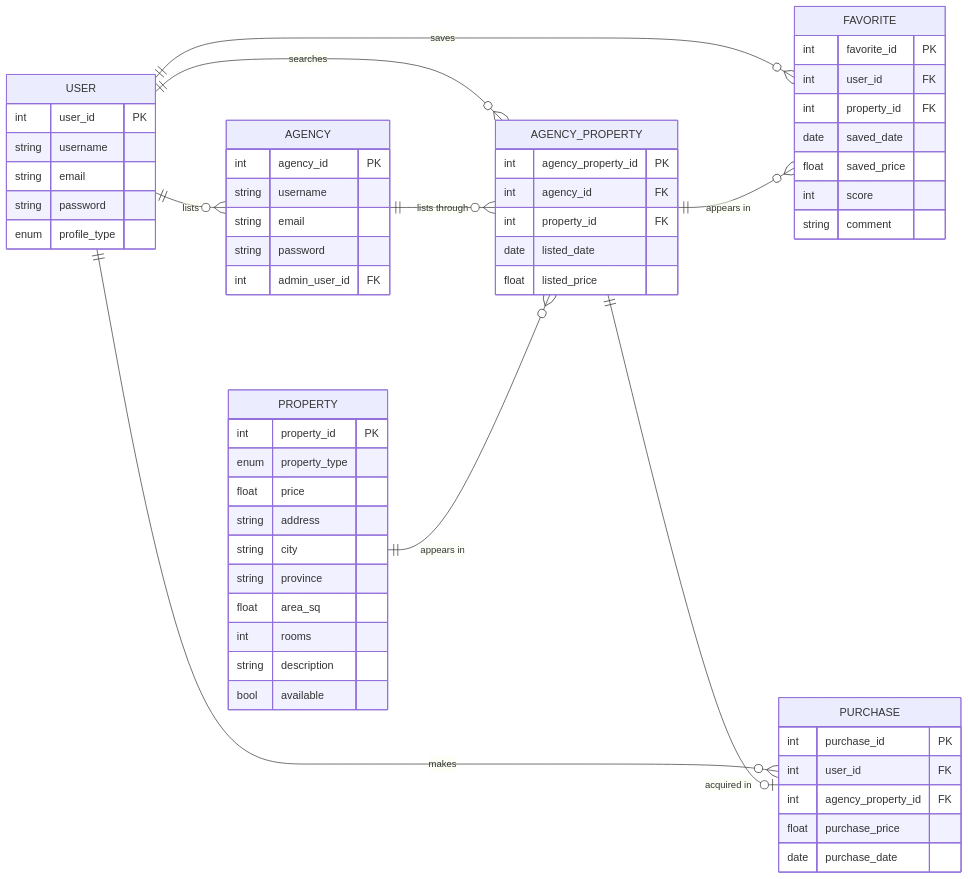
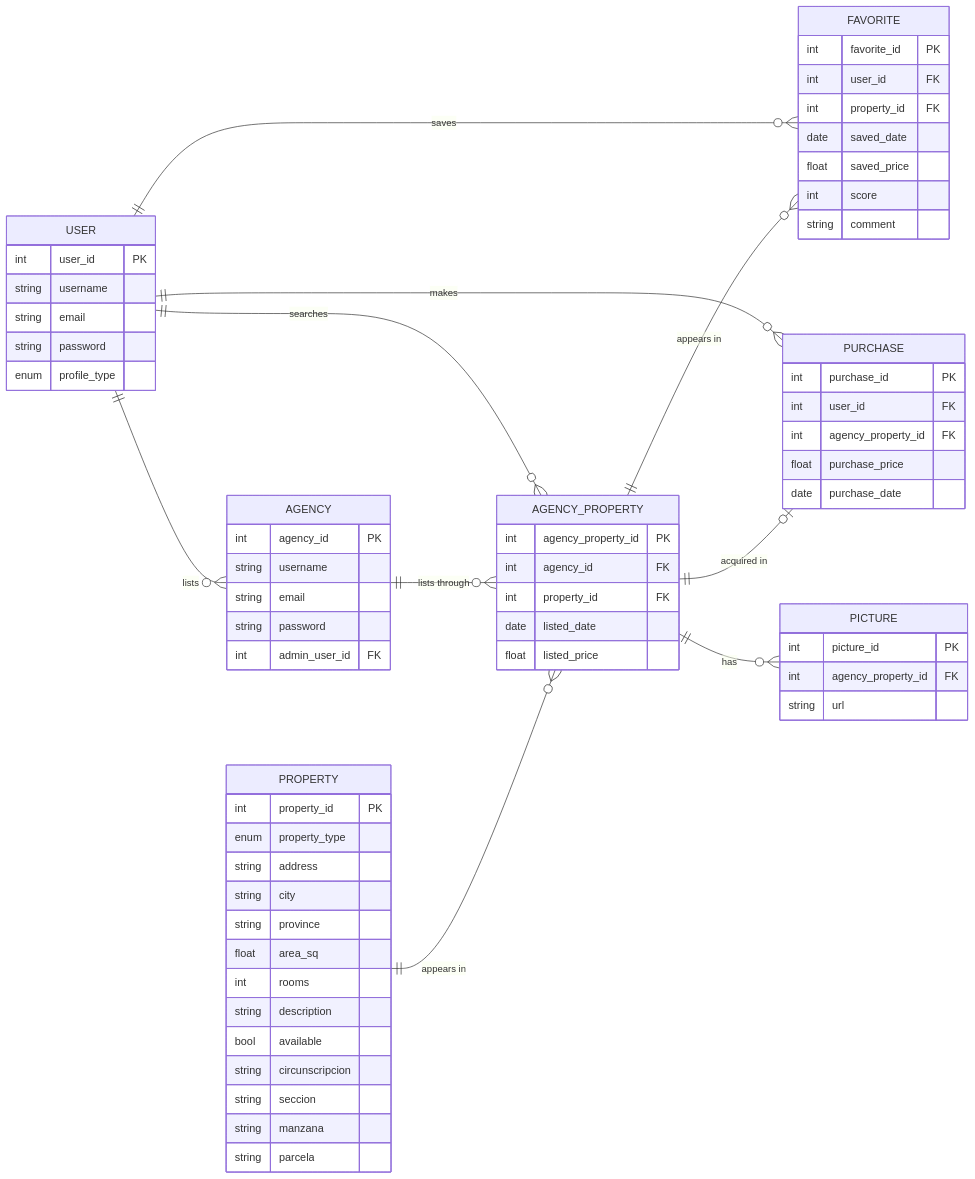
The diagram in profile/README.md (2026c1-pdes-grupo4/.github), drawn with Mermaid before and after one commit.

Commit message:
chore: sync DER.mmd into README

````diff
--- a/profile/README.md
+++ b/profile/README.md
@@ -10,68 +10,78 @@
 ```mermaid
 erDiagram
 	direction LR
 	USER {
 		int user_id PK
 		string username
 		string email
 		string password
 		enum profile_type
 	}
 
 	AGENCY {
 		int agency_id PK
 		string username
 		string email
         string password
 		int admin_user_id FK
 	}
 
 	PROPERTY {
 		int property_id PK
 		enum property_type
-		float price
 		string address
 		string city
 		string province
 		float area_sq
 		int rooms
 		string description
 		bool available
+		string circunscripcion
+		string seccion
+		string manzana
+		string parcela
 	}
 
 	AGENCY_PROPERTY {
         int agency_property_id PK
         int agency_id FK
         int property_id FK
         date listed_date
         float listed_price
     }
+
+	PICTURE {
+		int picture_id PK
+		int agency_property_id FK
+		string url
+	}
 
 	FAVORITE {
 		int favorite_id PK
 		int user_id FK
 		int property_id FK
 		date saved_date
 		float saved_price
 		int score
 		string comment
 	}
 
 	PURCHASE {
 		int purchase_id PK
 		int user_id FK
 		int agency_property_id FK
 		float purchase_price
 		date purchase_date
 	}
 
 	USER||--o{AGENCY:"lists"
     USER||--o{AGENCY_PROPERTY:"searches"
 	USER||--o{FAVORITE:"saves"
 	USER||--o{PURCHASE:"makes"
     AGENCY||--o{AGENCY_PROPERTY:"lists through"
     PROPERTY||--o{AGENCY_PROPERTY:"appears in"
 	AGENCY_PROPERTY||--o{FAVORITE:"appears in"
 	AGENCY_PROPERTY||--o|PURCHASE:"acquired in"
+	AGENCY_PROPERTY||--o{PICTURE:"has"
 
 ```
````
